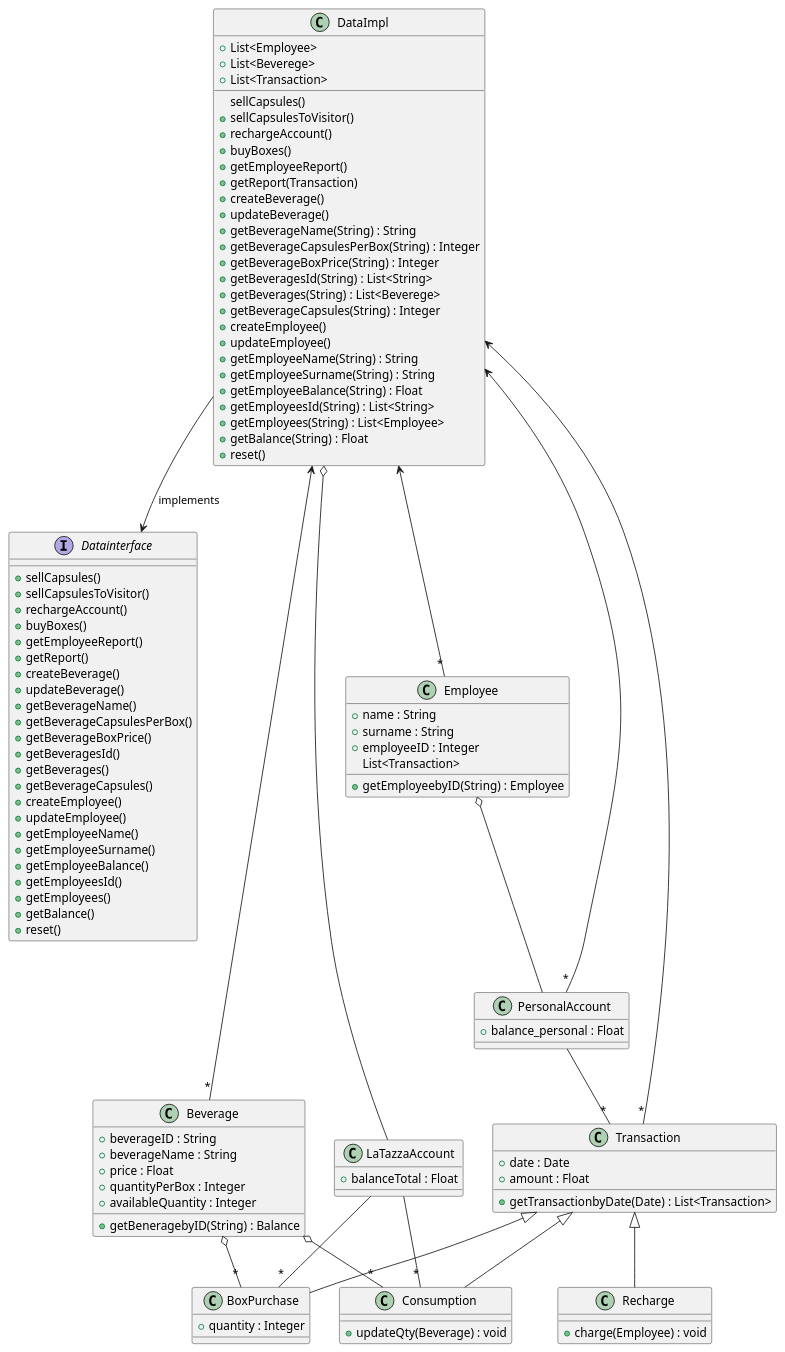
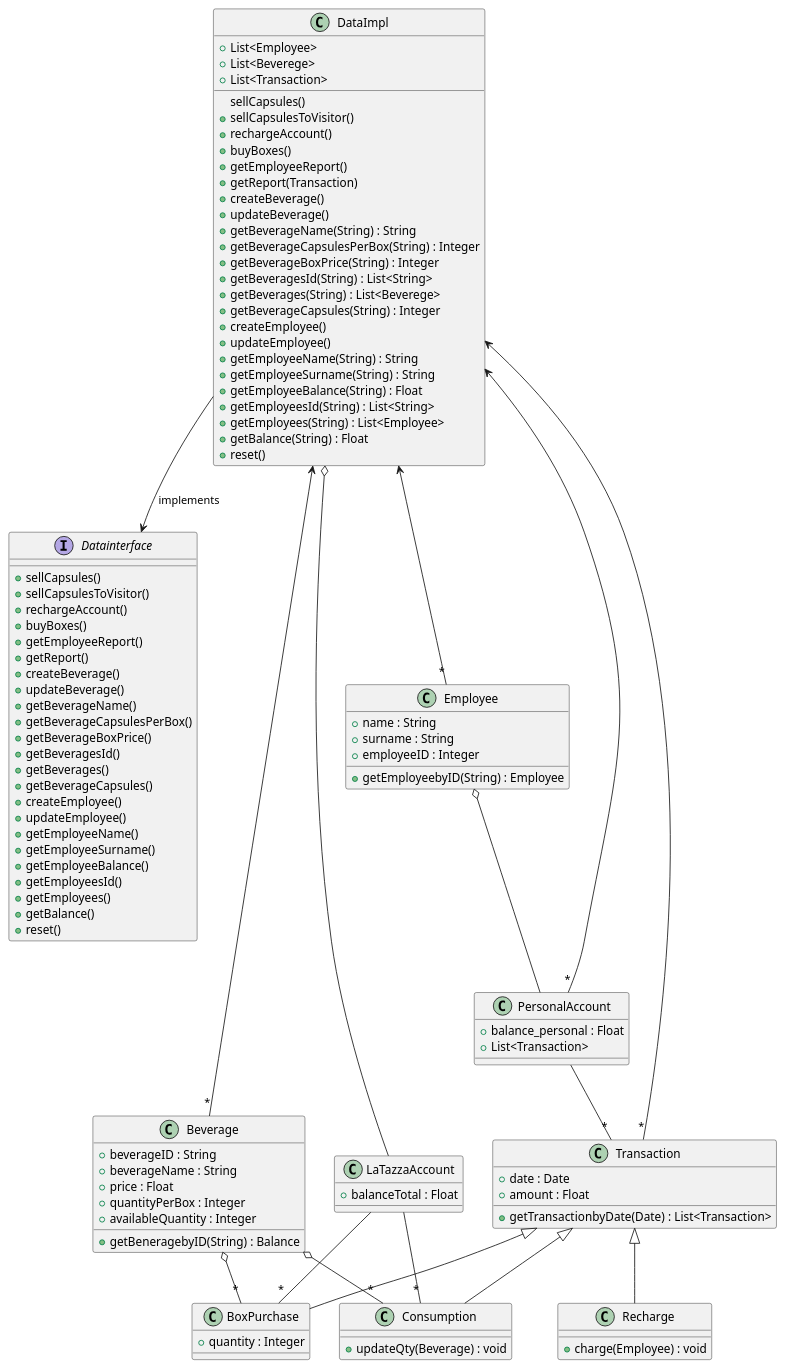
Before and after one commit to salvatore-dimartino/LaTazza: the third of 7 diagrams in templates/DesignDocumentTemplate.md, drawn with PlantUML.

```diff
--- a/templates/DesignDocumentTemplate.md
+++ b/templates/DesignDocumentTemplate.md
@@ -135,6 +135,7 @@
 
 class PersonalAccount {
     +balance_personal : Float
+    +List<Transaction>
 }
 
 PersonalAccount "*" --> DataImpl
@@ -148,8 +149,7 @@
     +surname : String
     +employeeID : Integer
     +getEmployeebyID(String) : Employee
-    List<Transaction>
-
+   
 }
 
 class Beverage {
```
